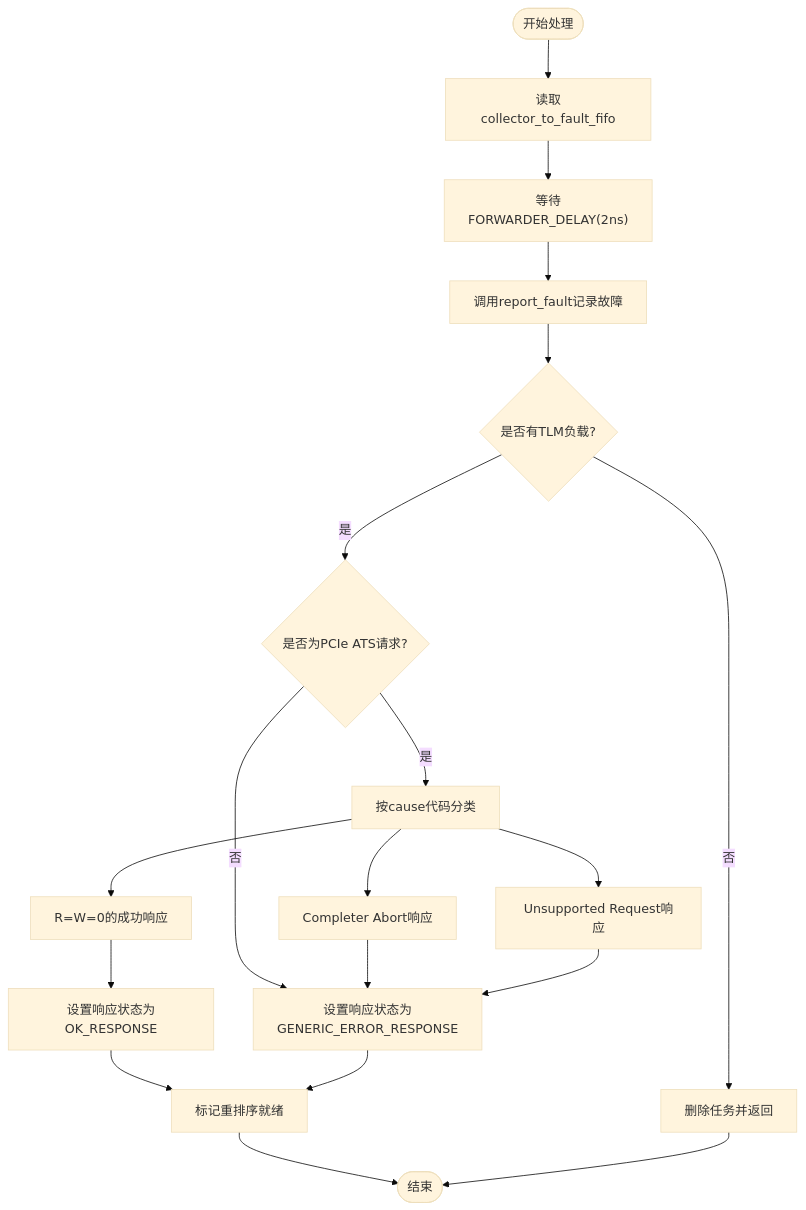
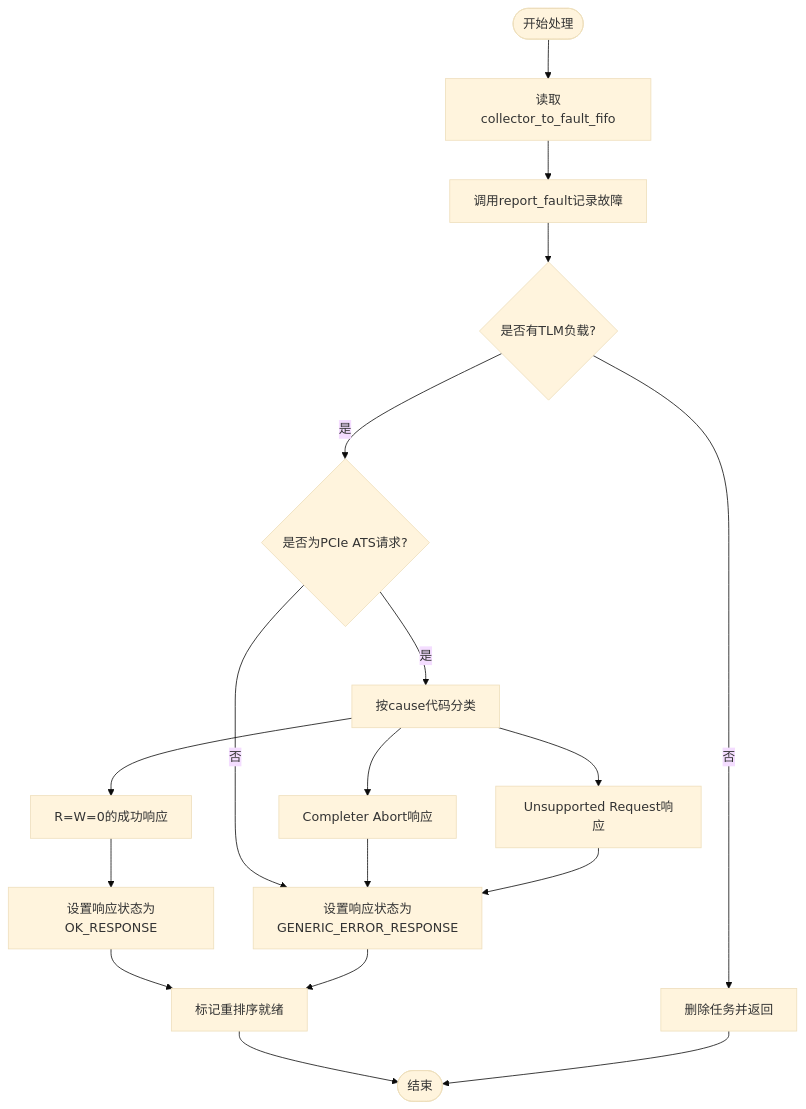
Before and after one commit to jiangjiang1122/iommu_model_20260401_v1: the fifth of 8 diagrams in .qoder/repowiki/zh/content/性能模型实现/Forwarder_Fault模块.md, drawn with Mermaid (base theme). The commit also changed other lines of this file and 48 other files, not shown here.

````diff
--- a/.qoder/repowiki/zh/content/性能模型实现/Forwarder_Fault模块.md
+++ b/.qoder/repowiki/zh/content/性能模型实现/Forwarder_Fault模块.md
@@ -182,21 +203,20 @@
 ```mermaid
 flowchart TD
 Start([开始处理]) --> ReadFIFO["读取collector_to_fault_fifo"]
-ReadFIFO --> Delay["等待FORWARDER_DELAY(2ns)"]
-Delay --> LogFault["调用report_fault记录故障"]
+ReadFIFO --> LogFault["调用report_fault记录故障"]
 LogFault --> CheckTrans{"是否有TLM负载?"}
 CheckTrans --> |否| DeleteTask["删除任务并返回"]
 CheckTrans --> |是| CheckATS{"是否为PCIe ATS请求?"}
 CheckATS --> |否| SetUR["设置响应状态为GENERIC_ERROR_RESPONSE"]
 CheckATS --> |是| ClassifyCause["按cause代码分类"]
 ClassifyCause --> SuccessWithRW["R=W=0的成功响应"]
 ClassifyCause --> CompleterAbort["Completer Abort响应"]
 ClassifyCause --> UnsupportedRequest["Unsupported Request响应"]
 SuccessWithRW --> SetOK["设置响应状态为OK_RESPONSE"]
 CompleterAbort --> SetUR
 UnsupportedRequest --> SetUR
 SetOK --> MarkReady["标记重排序就绪"]
 SetUR --> MarkReady
 MarkReady --> End([结束])
 DeleteTask --> End
 ```
````
